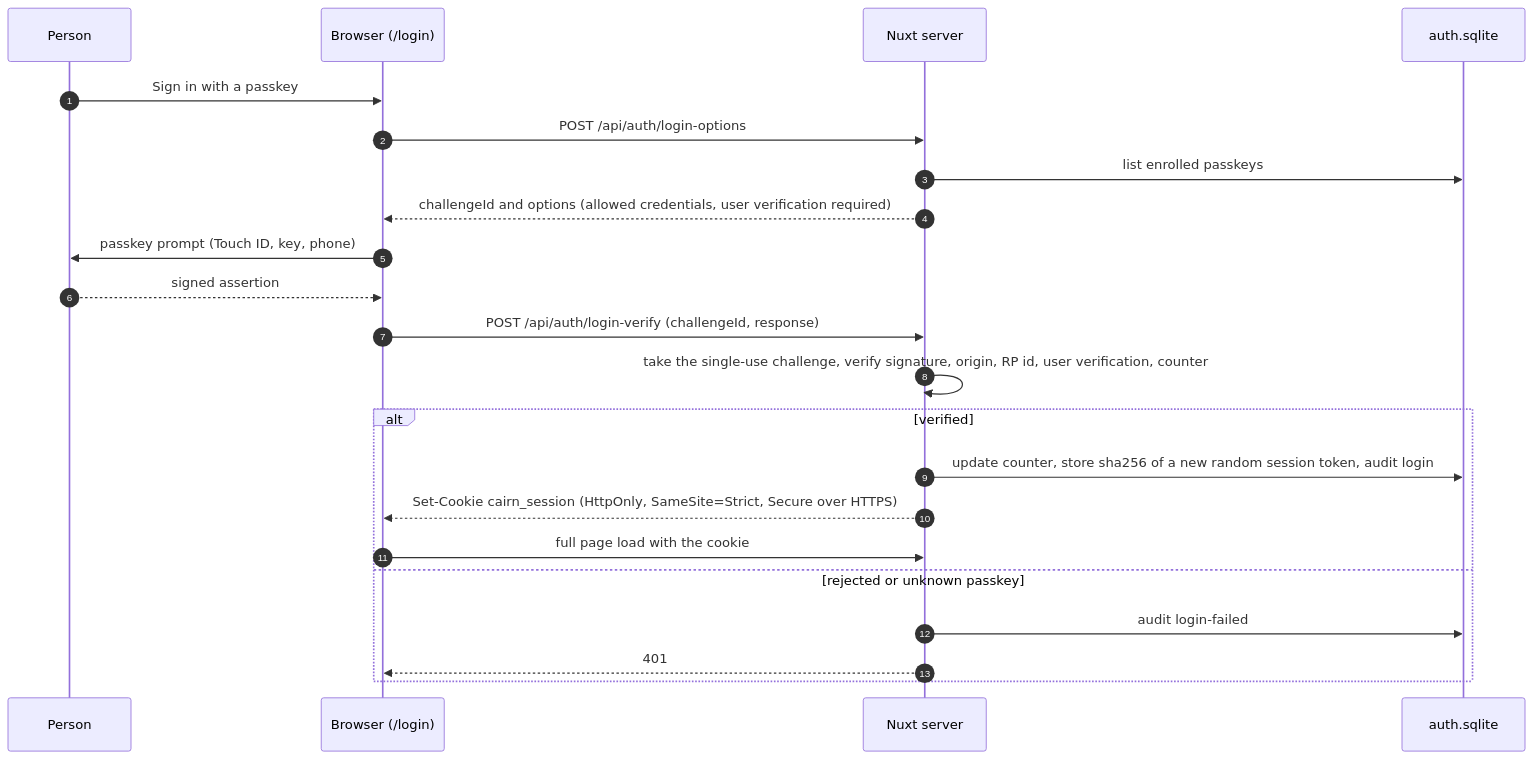
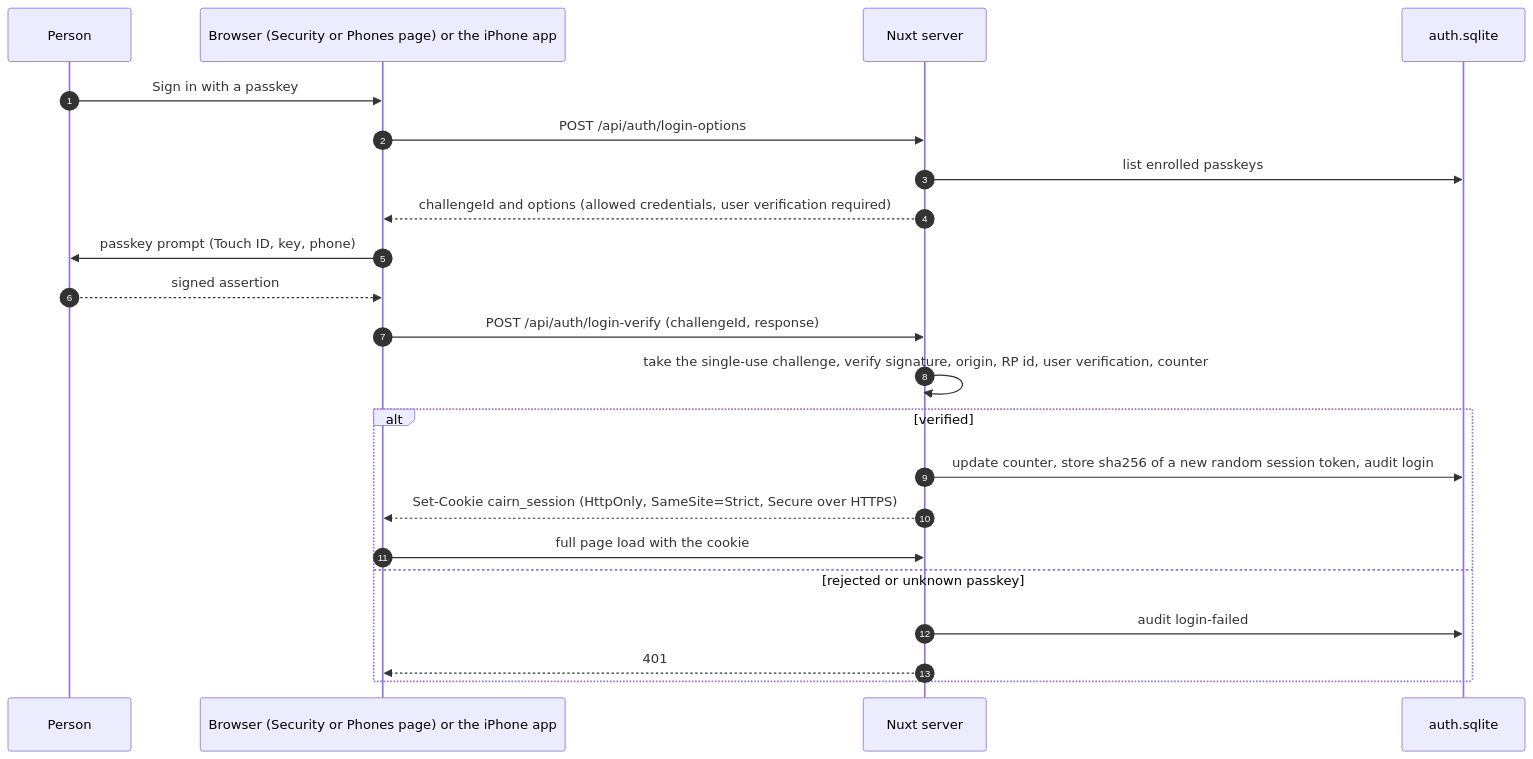
Before and after one commit to ParkWardRR/cairn-vehicle-web-dashboard: the third of 7 diagrams in README.md, drawn with Mermaid. The commit also changed other lines of this file and 2 other files, not shown here.

````diff
--- a/README.md
+++ b/README.md
@@ -230,24 +265,24 @@
 ```mermaid
 sequenceDiagram
     autonumber
     participant U as Person
-    participant B as Browser (/login)
+    participant B as Browser (Security or Phones page) or the iPhone app
     participant S as Nuxt server
     participant D as auth.sqlite
     U->>B: Sign in with a passkey
     B->>S: POST /api/auth/login-options
     S->>D: list enrolled passkeys
     S-->>B: challengeId and options (allowed credentials, user verification required)
     B->>U: passkey prompt (Touch ID, key, phone)
     U-->>B: signed assertion
     B->>S: POST /api/auth/login-verify (challengeId, response)
     S->>S: take the single-use challenge, verify signature, origin, RP id, user verification, counter
     alt verified
         S->>D: update counter, store sha256 of a new random session token, audit login
         S-->>B: Set-Cookie cairn_session (HttpOnly, SameSite=Strict, Secure over HTTPS)
         B->>S: full page load with the cookie
     else rejected or unknown passkey
         S->>D: audit login-failed
         S-->>B: 401
     end
 ```
````
